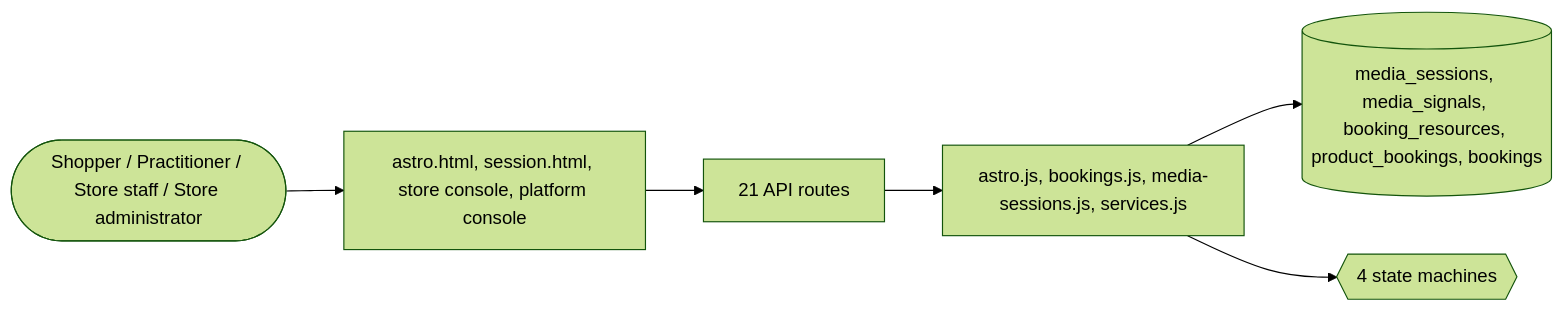
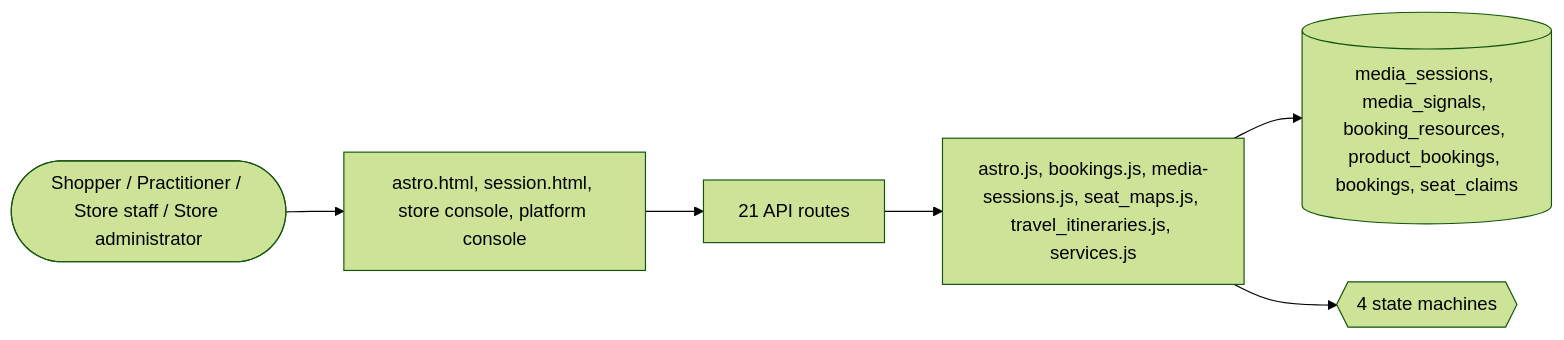
One commit to echelonxventures-Projects/universal-product changed the fifth of 5 diagrams in docs/domains/services.md. Above: the diagram before and after it, drawn with Mermaid (forest theme). The commit also changed other lines of this file and 67 other files, not shown here.

````diff
--- a/docs/domains/services.md
+++ b/docs/domains/services.md
@@ -289,8 +315,8 @@
 ```mermaid
 flowchart LR
   U([Shopper / Practitioner / Store staff / Store administrator]) --> UI[astro.html, session.html, store console, platform console]
   UI --> API[21 API routes]
-  API --> ENG[astro.js, bookings.js, media-sessions.js, services.js]
-  ENG --> DB[(media_sessions, media_signals, booking_resources, product_bookings, bookings)]
+  API --> ENG[astro.js, bookings.js, media-sessions.js, seat_maps.js, travel_itineraries.js, services.js]
+  ENG --> DB[(media_sessions, media_signals, booking_resources, product_bookings, bookings, seat_claims)]
   ENG --> SM{{4 state machines}}
 ```
````
